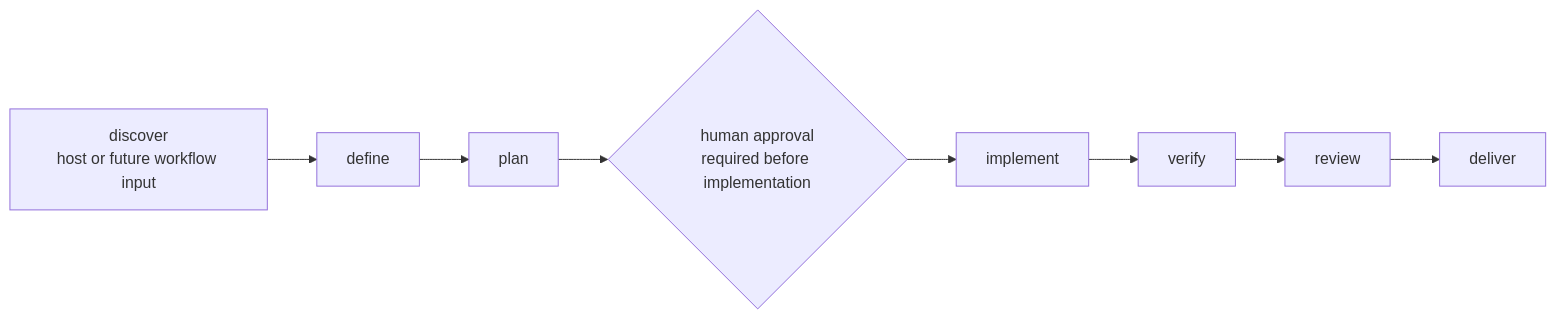
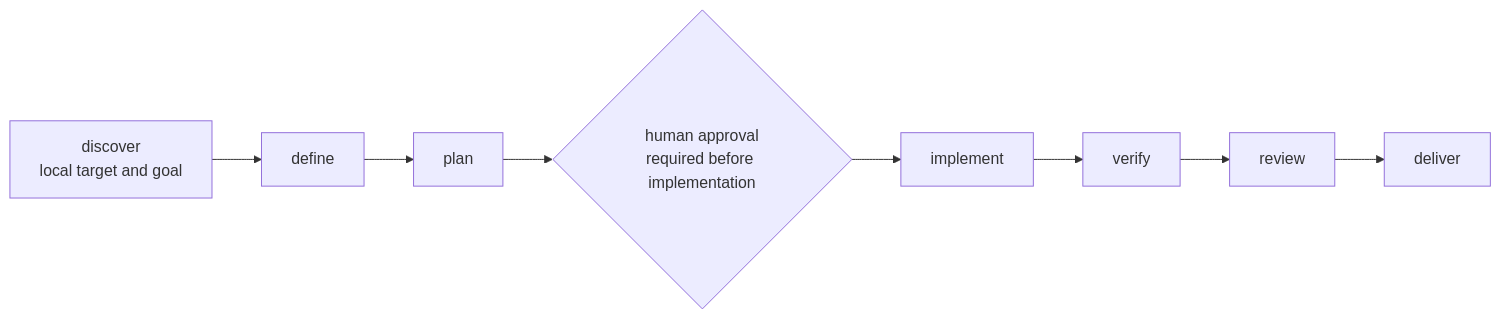
The diagram in docs/README.md (forgegod/daidala), drawn with Mermaid before and after one commit. The commit also changed other lines of this file and 20 other files, not shown here.

````diff
--- a/docs/README.md
+++ b/docs/README.md
@@ -44,10 +47,10 @@
 ```mermaid
 flowchart LR
-    D["discover<br>host or future workflow input"] --> DF["define"]
+    D["discover<br>local target and goal"] --> DF["define"]
     DF --> P["plan"]
     P --> G{"human approval<br>required before implementation"}
     G --> I["implement"]
     I --> V["verify"]
     V --> R["review"]
     R --> DL["deliver"]
 ```
````
